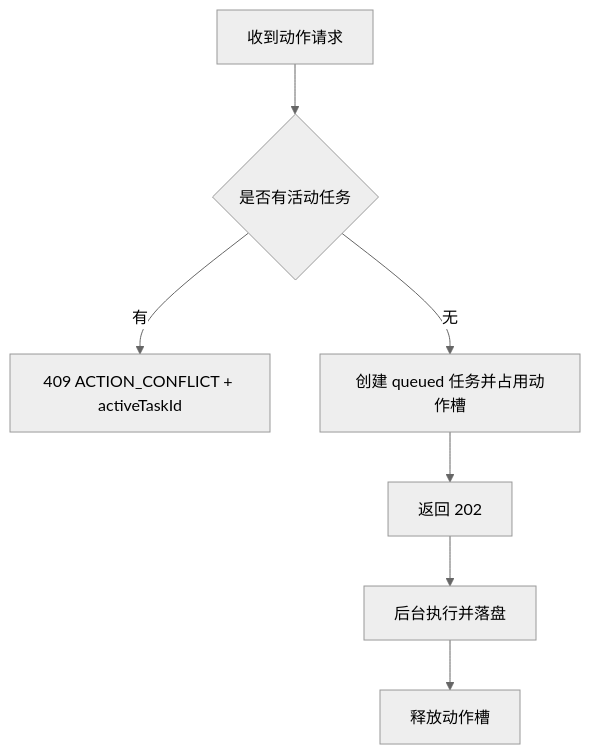
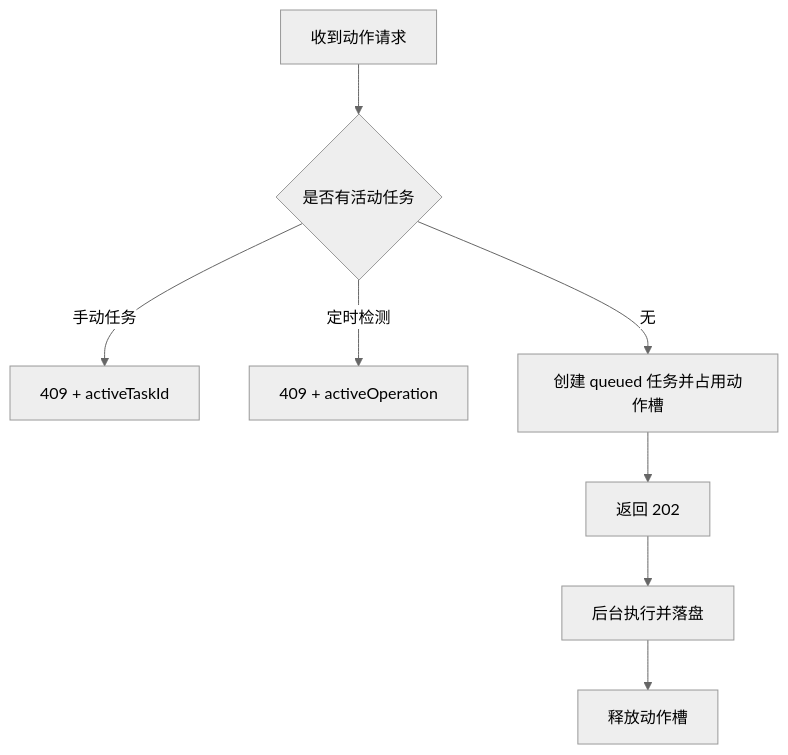
The third of 3 diagrams in docs/api-design.md (soapgu/clash-sentinel), drawn with Mermaid (neutral theme) before and after one commit. The commit also changed other lines of this file and 24 other files, not shown here.

````diff
--- a/docs/api-design.md
+++ b/docs/api-design.md
@@ -690,9 +711,10 @@
 ```mermaid
 flowchart TD
     A[收到动作请求] --> B{是否有活动任务}
-    B -->|有| C[409 ACTION_CONFLICT + activeTaskId]
+    B -->|手动任务| C[409 + activeTaskId]
+    B -->|定时检测| H[409 + activeOperation]
     B -->|无| D[创建 queued 任务并占用动作槽]
     D --> E[返回 202]
     E --> F[后台执行并落盘]
     F --> G[释放动作槽]
 ```
````
